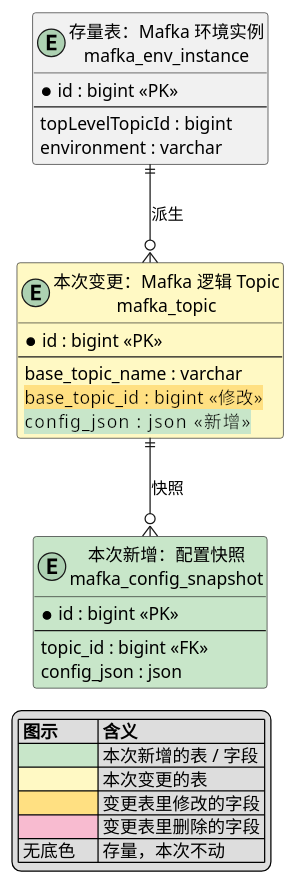
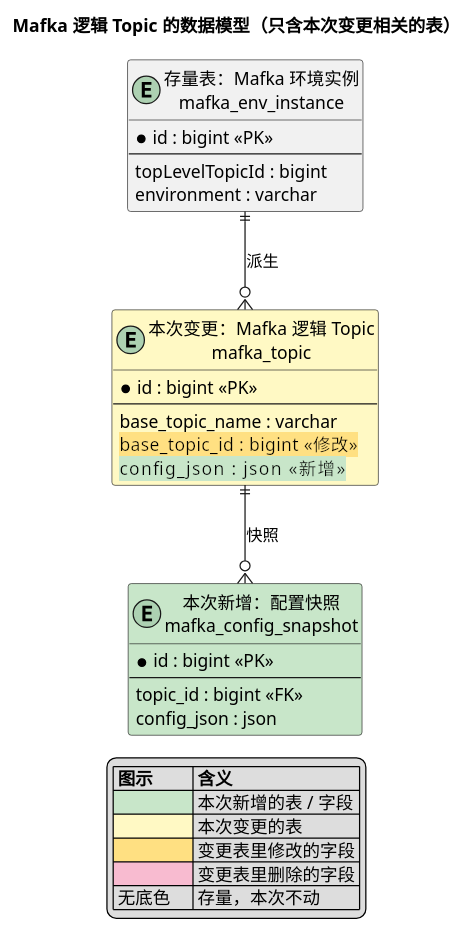
One commit to zelehuangdog-source/zeleSkills changed the fifth of 5 diagrams in zele-plan/references/output-format.md. Above: the diagram before and after it, drawn with PlantUML. The commit also changed other lines of this file and 1 other file, not shown here.

First line of the commit message:
zele-plan：三类图必须自带标题，业务序列图标题说清谁在干什么

````diff
--- a/zele-plan/references/output-format.md
+++ b/zele-plan/references/output-format.md
@@ -285,35 +318,36 @@
 ```plantuml
+title Mafka 逻辑 Topic 的数据模型（只含本次变更相关的表）
 entity "存量表：Mafka 环境实例\nmafka_env_instance" as env {
   * id : bigint <<PK>>
   --
   topLevelTopicId : bigint
   environment : varchar
 }
 
 entity "本次变更：Mafka 逻辑 Topic\nmafka_topic" as topic #FFF9C4 {
   * id : bigint <<PK>>
   --
   base_topic_name : varchar
   <back:#FFE082>base_topic_id : bigint   «修改»</back>
   <back:#C8E6C9>config_json : json       «新增»</back>
 }
 
 entity "本次新增：配置快照\nmafka_config_snapshot" as snap #C8E6C9 {
   * id : bigint <<PK>>
   --
   topic_id : bigint <<FK>>
   config_json : json
 }
 
 env ||--o{ topic : 派生
 topic ||--o{ snap : 快照
 
 legend bottom
   |= 图示 |= 含义 |
   |<#C8E6C9>   | 本次新增的表 / 字段 |
   |<#FFF9C4>   | 本次变更的表 |
   |<#FFE082>   | 变更表里修改的字段 |
   |<#F8BBD0>   | 变更表里删除的字段 |
   | 无底色     | 存量，本次不动 |
 endlegend
 ```
````
